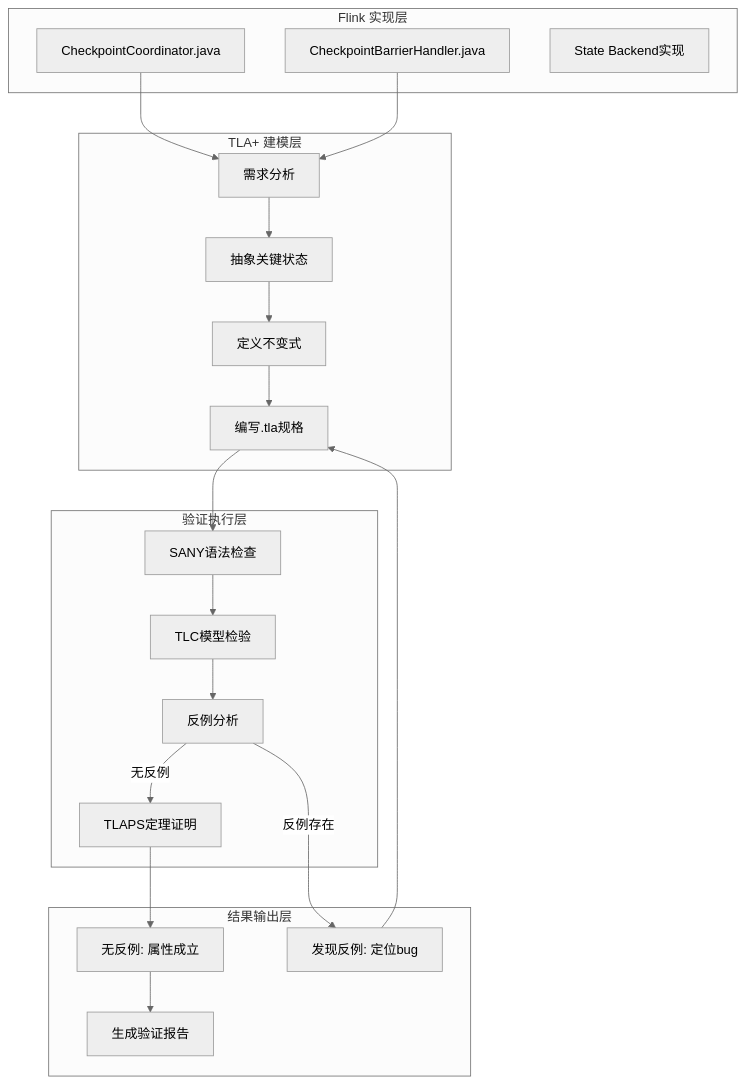
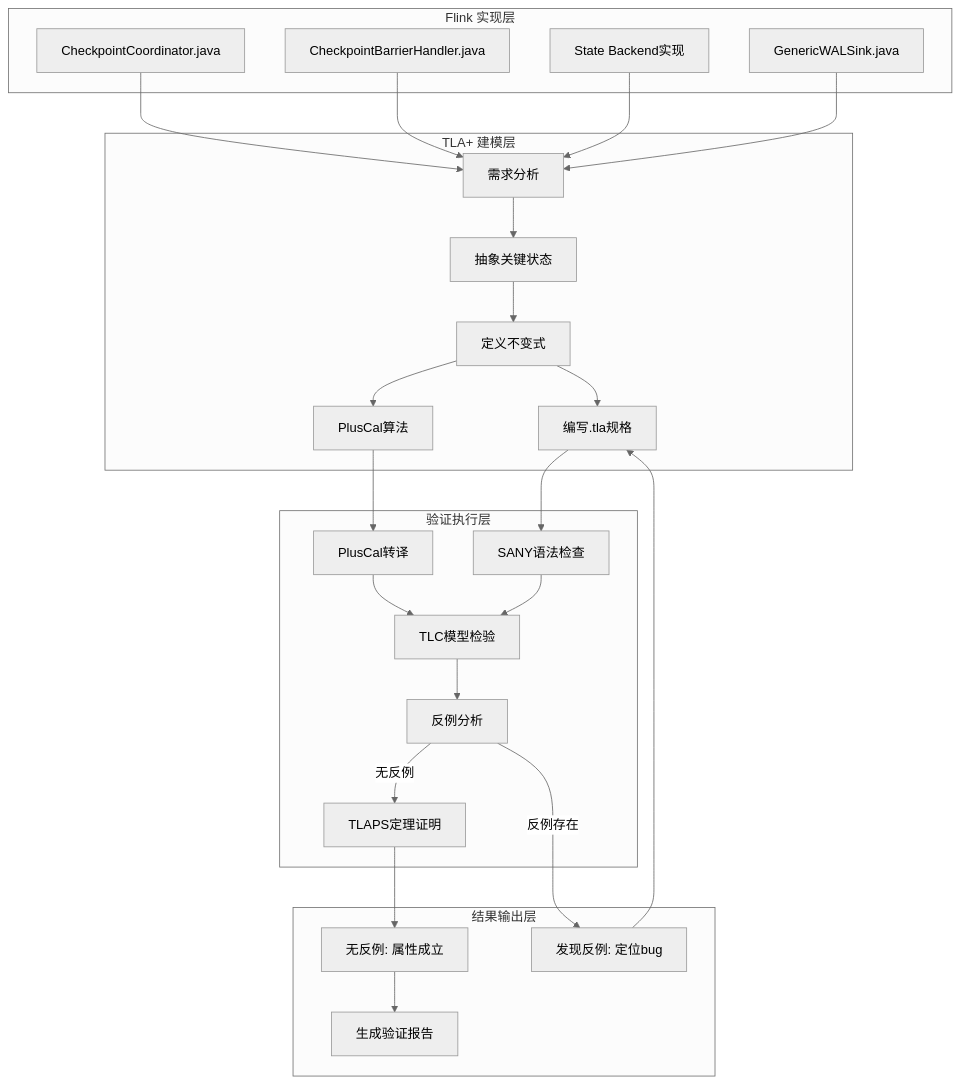
One commit to AdaMartin18010/AnalysisDataFlow changed the first of 6 diagrams in Struct/07-tools/tla-for-flink.md. Above: the diagram before and after it, drawn with Mermaid (neutral theme). The commit also changed other lines of this file and 28 other files, not shown here.

````diff
--- a/Struct/07-tools/tla-for-flink.md
+++ b/Struct/07-tools/tla-for-flink.md
@@ -1176,42 +1472,50 @@
 ```mermaid
 flowchart TB
     subgraph Flink["Flink 实现层"]
         F1[CheckpointCoordinator.java]
         F2[CheckpointBarrierHandler.java]
         F3[State Backend实现]
+        F4[GenericWALSink.java]
     end
 
     subgraph Modeling["TLA+ 建模层"]
         M1[需求分析]
         M2[抽象关键状态]
         M3[定义不变式]
         M4[编写.tla规格]
+        M5[PlusCal算法]
     end
 
     subgraph Verification["验证执行层"]
         V1[SANY语法检查]
-        V2[TLC模型检验]
-        V3[反例分析]
-        V4[TLAPS定理证明]
+        V2[PlusCal转译]
+        V3[TLC模型检验]
+        V4[反例分析]
+        V5[TLAPS定理证明]
     end
 
     subgraph Result["结果输出层"]
         R1[无反例: 属性成立]
         R2[发现反例: 定位bug]
         R3[生成验证报告]
     end
 
     F1 --> M1
     F2 --> M1
+    F3 --> M1
+    F4 --> M1
     M1 --> M2
     M2 --> M3
     M3 --> M4
+    M3 --> M5
     M4 --> V1
-    V1 --> V2
+    M5 --> V2
     V2 --> V3
-    V3 -->|反例存在| R2
-    V3 -->|无反例| V4
-    V4 --> R1
+    V1 --> V3
+    V3 --> V4
+    V4 -->|反例存在| R2
+    V4 -->|无反例| V5
+    V5 --> R1
     R1 --> R3
     R2 --> M4
 ```
````
